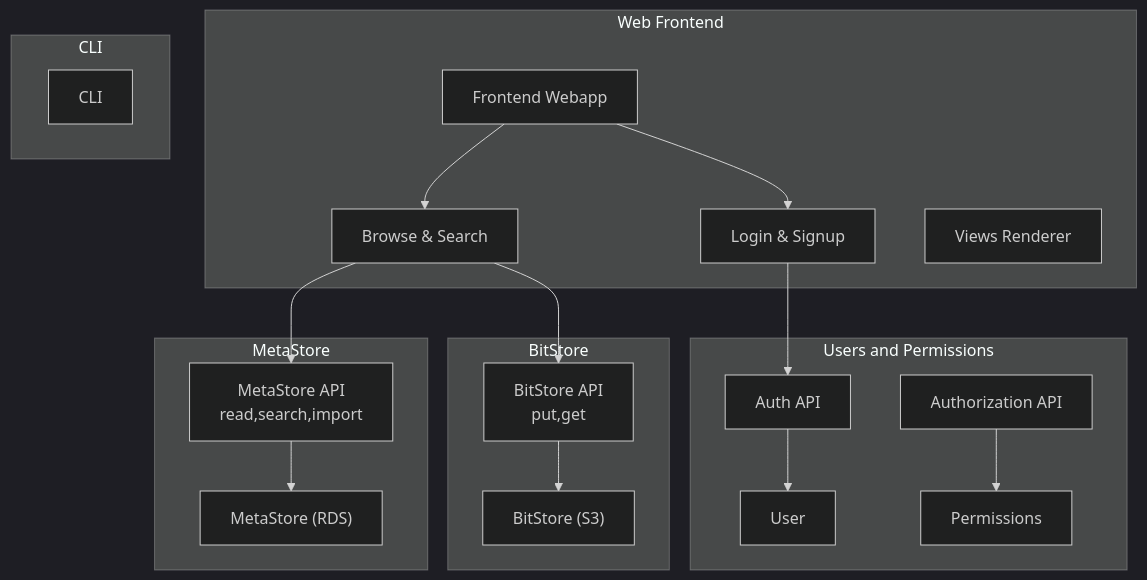
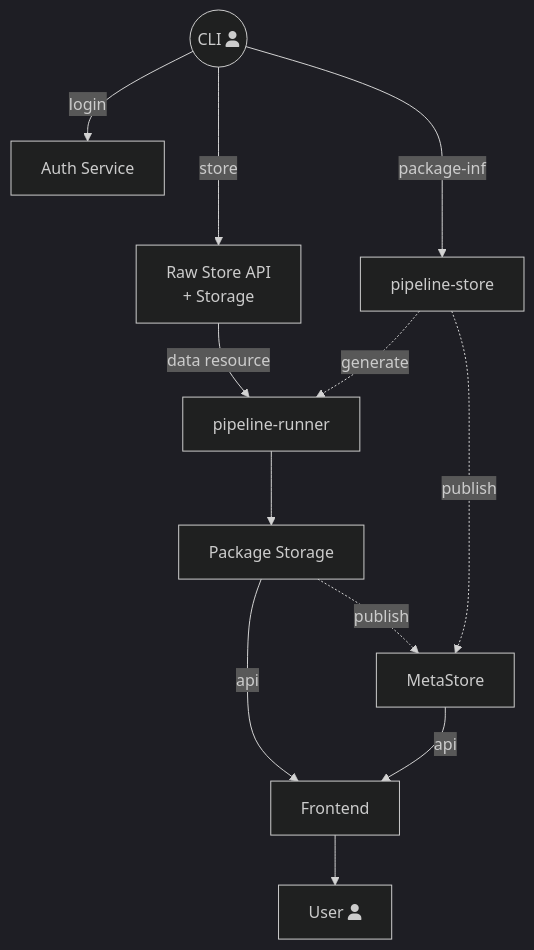
The first of 2 diagrams in docs/developers/platform.md (datopian/datahub-docs-tech), drawn with Mermaid (dark theme) before and after one commit. The commit also changed other lines of this file and 2 other files, not shown here.

Commit message:
Features/docs installation architecture (#55)
* [deploy-page][s]: updated deploy page - refs #54

* [developers-main-page][s]: updated diagram and install section - refs #54

* [architecture][s]: updated architecture section - refs #54

* [fixed][s]: fixed according to the review -refs #54

* [fixed][xs]: fixed requested changes on developer page - refs #54

```diff
--- a/docs/developers/platform.md
+++ b/docs/developers/platform.md
@@ -12,40 +12,28 @@
 <div class="mermaid">
+
 graph TD
 
-subgraph Web Frontend
-  frontend[Frontend Webapp]
-  browse[Browse & Search]
-  login[Login & Signup]
-  view[Views Renderer]
-  frontend --> browse
-  frontend --> login
-end
 
-subgraph Users and Permissions
-  user[User]
-  permissions[Permissions]
-  authapi[Auth API]
-  authzapi[Authorization API]
-  login --> authapi
-  authapi --> user
-  authzapi --> permissions
-end
+  cli((CLI fa:fa-user))
+  auth[Auth Service]
+  cli --login--> auth
+  
+	
+	cli --store--> raw[Raw Store API<br>+ Storage]  
+  
+	cli --package-info--> pipeline-store
+  raw --data resource--> pipeline-runner
+  
+  pipeline-store -.generate.-> pipeline-runner
+	
+  pipeline-runner --> package[Package Storage]
+	package --api--> frontend[Frontend]
+  frontend --> user[User fa:fa-user]
+  
 
-subgraph BitStore
-  bitstore["BitStore (S3)"]
-  bitstoreapi[BitStore API<br/>put,get]
-  bitstoreapi --> bitstore
-  browse --> bitstoreapi
-end
-
-subgraph MetaStore
-  metastore["MetaStore (RDS)"]
-  metaapi[MetaStore API<br/>read,search,import]
-  metaapi --> metastore
-  browse --> metaapi
-end
-
-subgraph CLI
-  cli[CLI]
-end
+  
+  package -.publish.->metastore[MetaStore]
+  pipeline-store -.publish.-> metastore[MetaStore]
+  metastore[MetaStore] --api--> frontend
+  
 </div>
```
